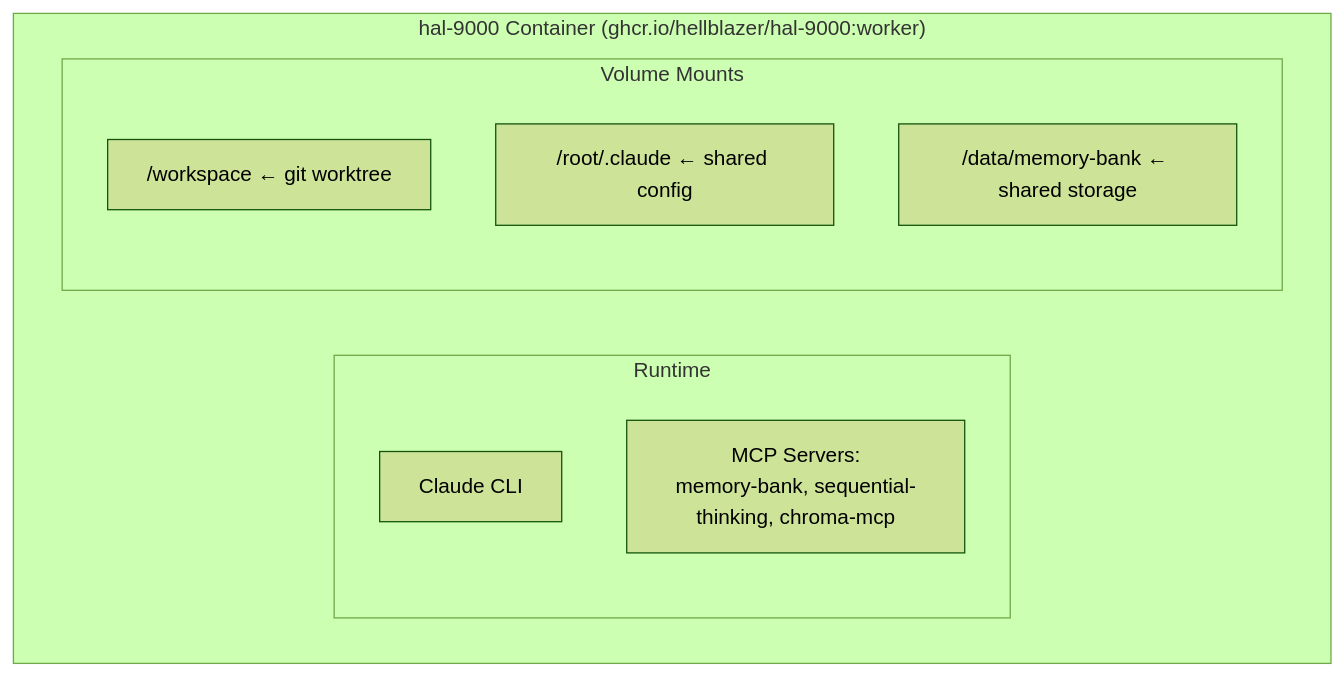
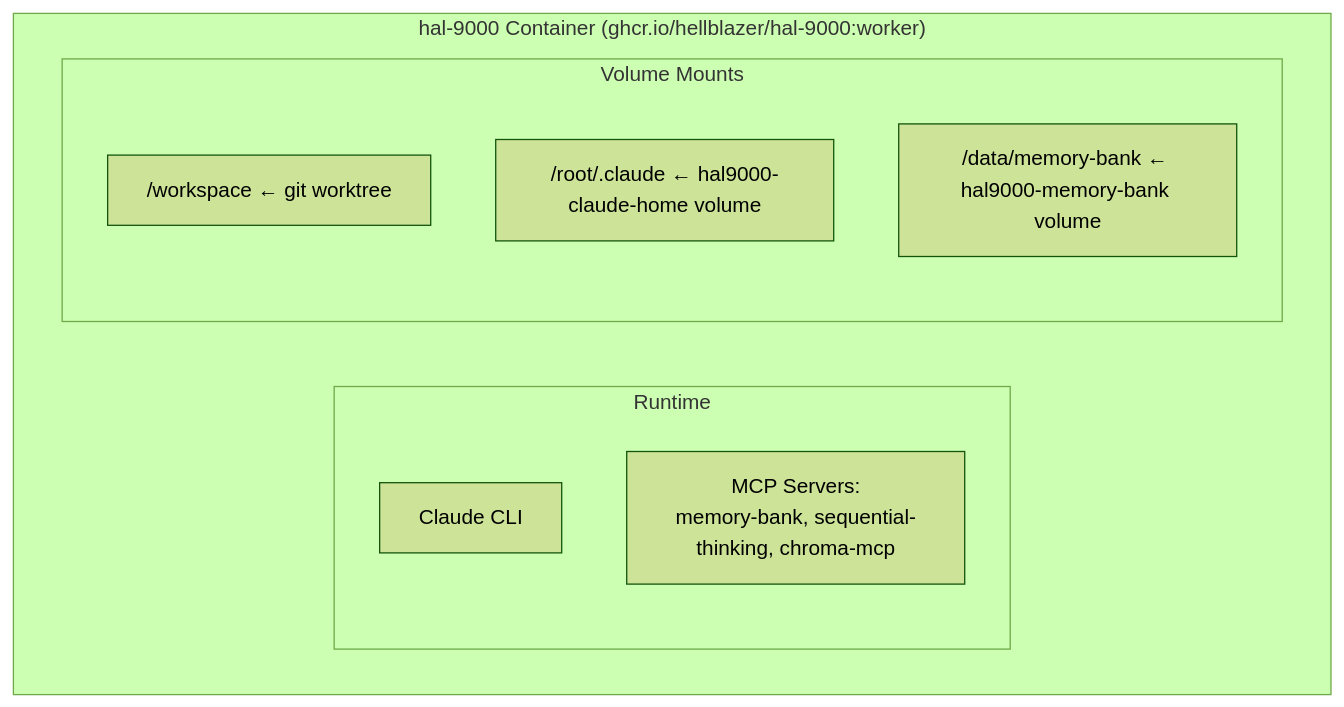
The second of 2 diagrams in plugins/hal-9000/aod/README.md (Hellblazer/hal-9000), drawn with Mermaid (forest theme) before and after one commit. The commit also changed 7 other files, not shown here.

First line of the commit message:
Update documentation for claudy v0.7.0 volume-based architecture

````diff
--- a/plugins/hal-9000/aod/README.md
+++ b/plugins/hal-9000/aod/README.md
@@ -49,15 +49,15 @@
 ```mermaid
 graph TB
     subgraph Container["hal-9000 Container (ghcr.io/hellblazer/hal-9000:worker)"]
         subgraph Runtime["Runtime"]
             CLI["Claude CLI"]
             MCP["MCP Servers:<br/>memory-bank, sequential-thinking, chroma-mcp"]
         end
 
         subgraph Mounts["Volume Mounts"]
             WS["/workspace ← git worktree"]
-            CC["/root/.claude ← shared config"]
-            MB["/data/memory-bank ← shared storage"]
+            CC["/root/.claude ← hal9000-claude-home volume"]
+            MB["/data/memory-bank ← hal9000-memory-bank volume"]
         end
     end
 ```
````
